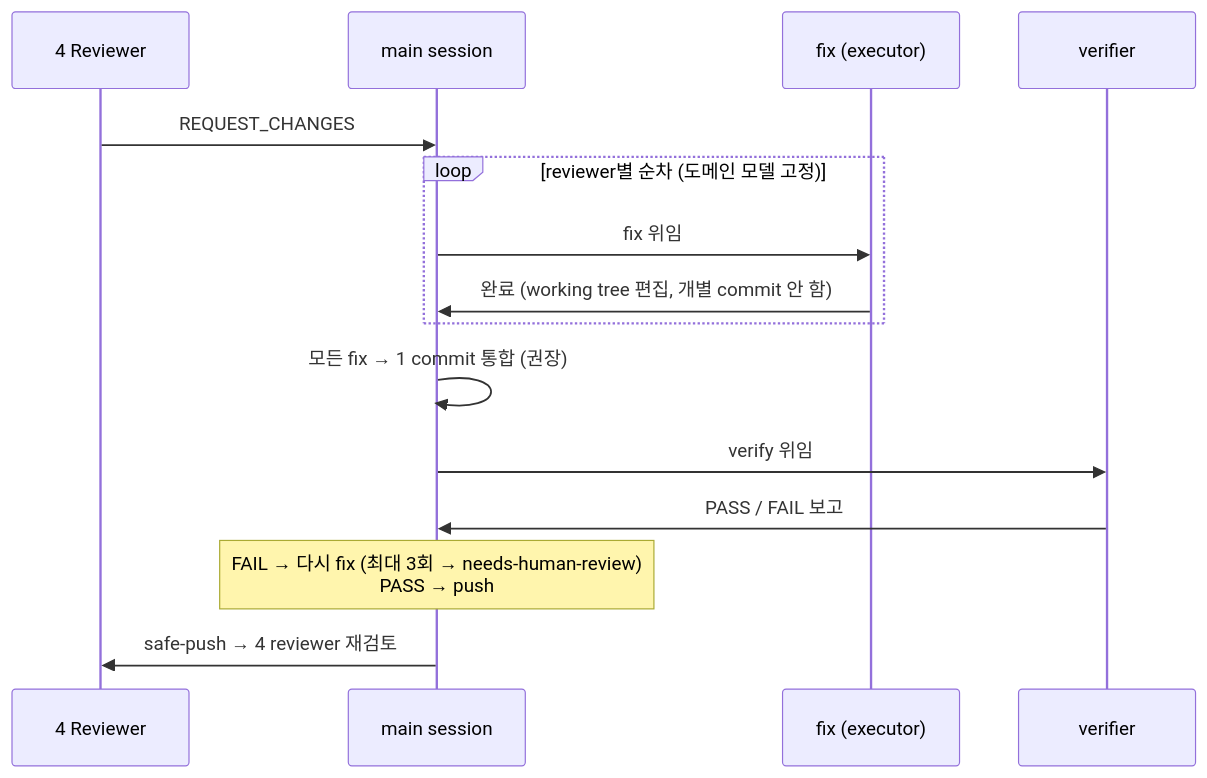
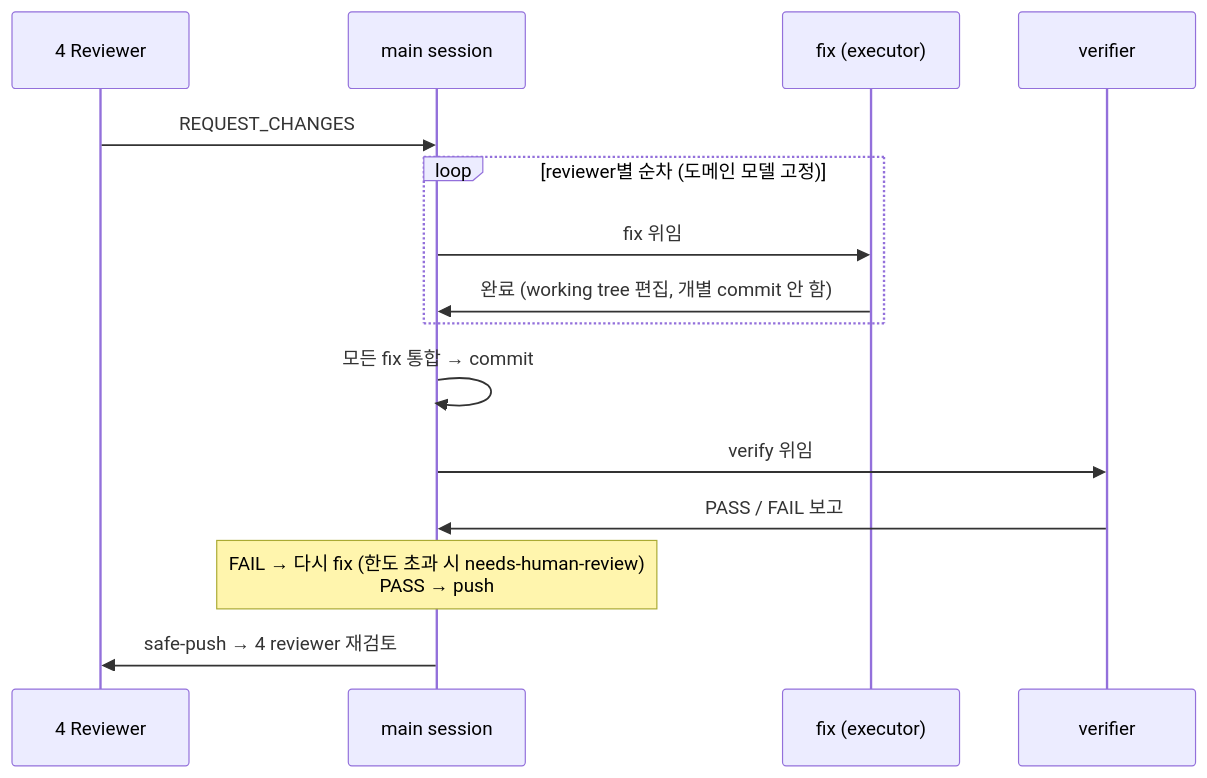
Before and after one commit to simsimhugh/macro-logbot: the second of 2 diagrams in docs/process/03-개발-프로세스.md, drawn with Mermaid. The commit also changed other lines of this file and 5 other files, not shown here.

````diff
--- a/docs/process/03-개발-프로세스.md
+++ b/docs/process/03-개발-프로세스.md
@@ -147,17 +140,17 @@
 ```mermaid
 sequenceDiagram
     participant R as 4 Reviewer
     participant M as main session
     participant F as fix (executor)
     participant V as verifier
     R->>M: REQUEST_CHANGES
     loop reviewer별 순차 (도메인 모델 고정)
         M->>F: fix 위임
         F->>M: 완료 (working tree 편집, 개별 commit 안 함)
     end
-    M->>M: 모든 fix → 1 commit 통합 (권장)
+    M->>M: 모든 fix 통합 → commit
     M->>V: verify 위임
     V->>M: PASS / FAIL 보고
-    Note over M: FAIL → 다시 fix (최대 3회 → needs-human-review)<br/>PASS → push
+    Note over M: FAIL → 다시 fix (한도 초과 시 needs-human-review)<br/>PASS → push
     M->>R: safe-push → 4 reviewer 재검토
 ```
````
